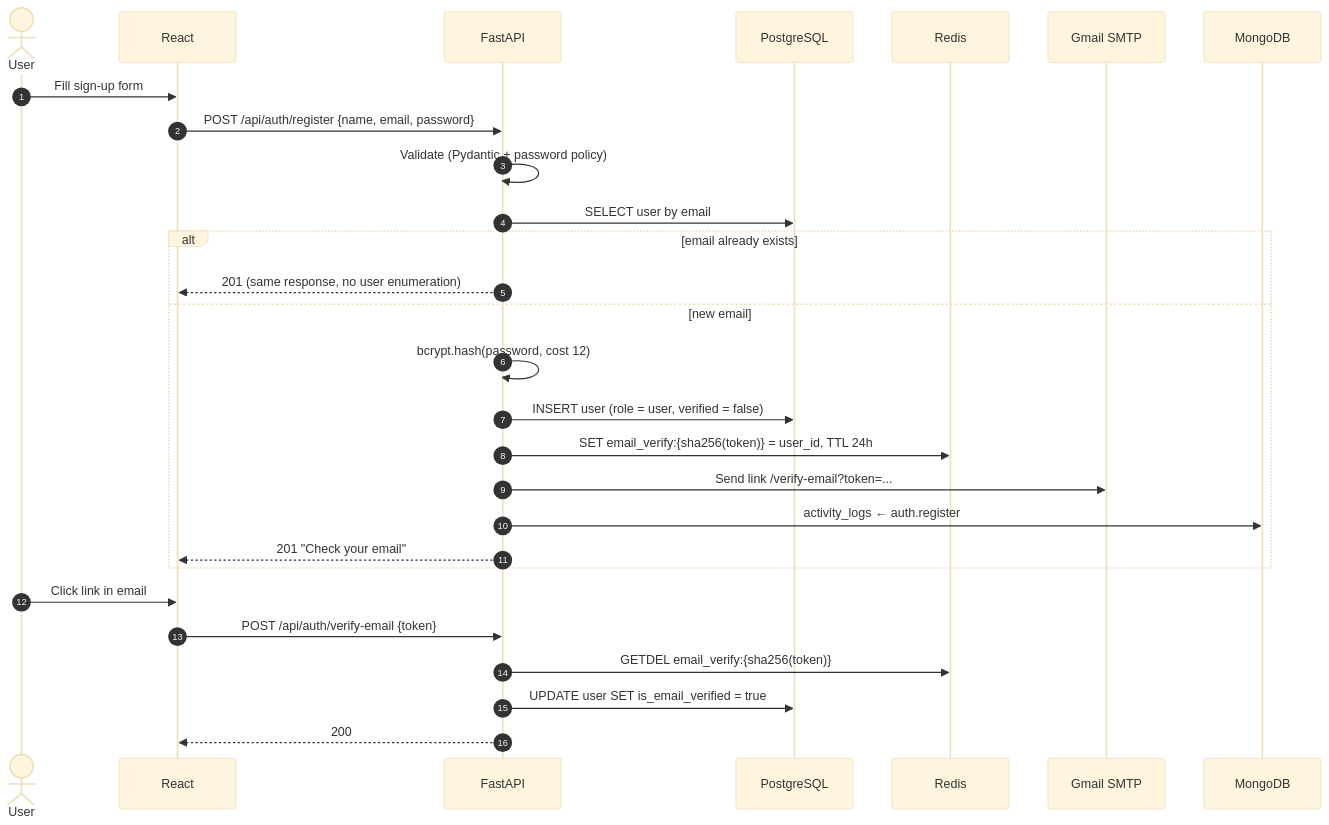
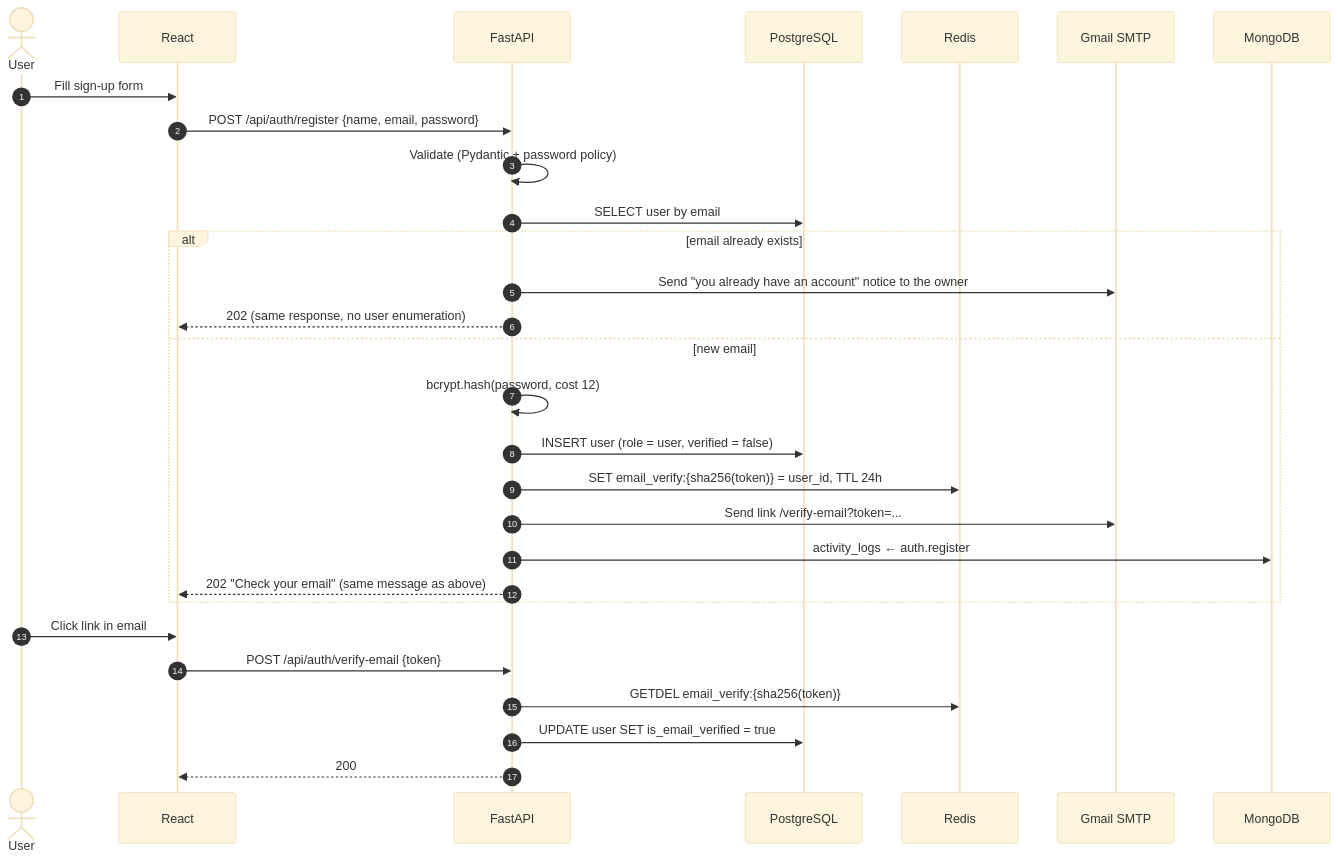
Before and after one commit to Vimaladharsan/TrustShare-Encrypted-File-Sharing-Collaboration-Platform: the second of 7 diagrams in docs/architecture.md, drawn with Mermaid (base theme). The commit also changed 20 other files, not shown here.

````diff
--- a/docs/architecture.md
+++ b/docs/architecture.md
@@ -80,31 +80,32 @@
 ```mermaid
 sequenceDiagram
     autonumber
     actor U as User
     participant FE as React
     participant API as FastAPI
     participant PG as PostgreSQL
     participant R as Redis
     participant MAIL as Gmail SMTP
     participant MO as MongoDB
 
     U->>FE: Fill sign-up form
     FE->>API: POST /api/auth/register {name, email, password}
     API->>API: Validate (Pydantic + password policy)
     API->>PG: SELECT user by email
     alt email already exists
-        API-->>FE: 201 (same response, no user enumeration)
+        API->>MAIL: Send "you already have an account" notice to the owner
+        API-->>FE: 202 (same response, no user enumeration)
     else new email
         API->>API: bcrypt.hash(password, cost 12)
         API->>PG: INSERT user (role = user, verified = false)
         API->>R: SET email_verify:{sha256(token)} = user_id, TTL 24h
         API->>MAIL: Send link /verify-email?token=...
         API->>MO: activity_logs ← auth.register
-        API-->>FE: 201 "Check your email"
+        API-->>FE: 202 "Check your email" (same message as above)
     end
     U->>FE: Click link in email
     FE->>API: POST /api/auth/verify-email {token}
     API->>R: GETDEL email_verify:{sha256(token)}
     API->>PG: UPDATE user SET is_email_verified = true
     API-->>FE: 200
 ```
````
